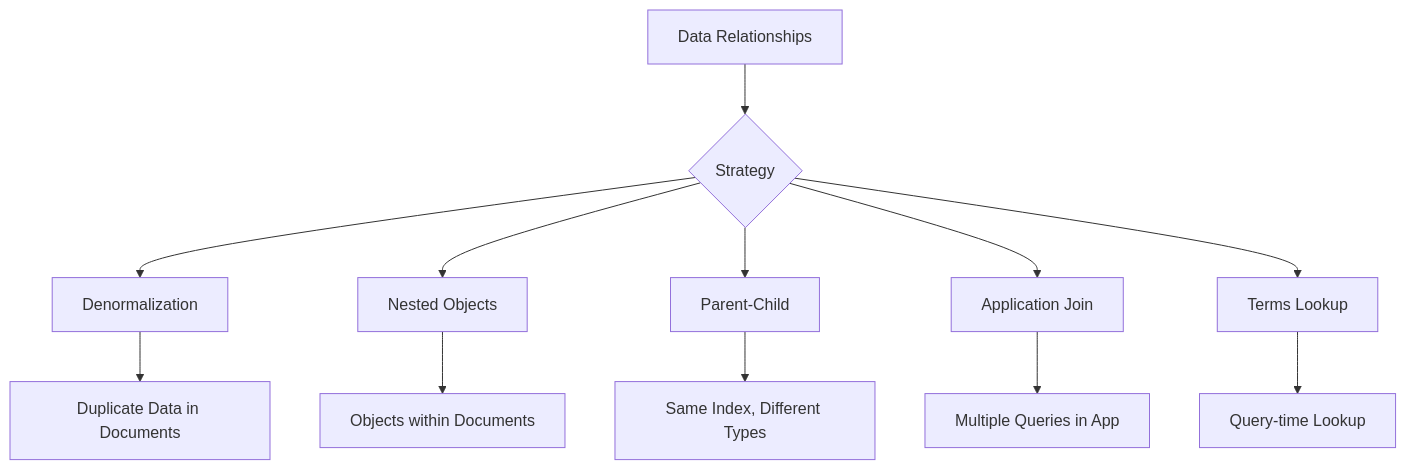
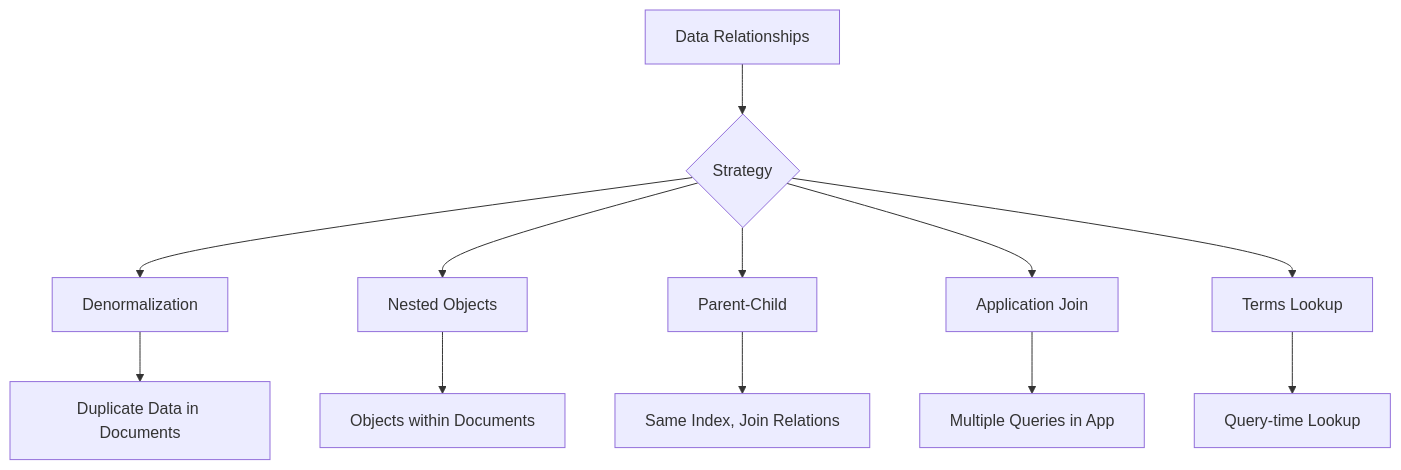
Before and after one commit to OneUptime/blog: the diagram in posts/2025-12-19-elasticsearch-join-data/README.md, drawn with Mermaid. The commit also changed other lines of this file and 2 other files, not shown here.

Commit message:
validate: 2025-12-19-elasticsearch-join-data

````diff
--- a/posts/2025-12-19-elasticsearch-join-data/README.md
+++ b/posts/2025-12-19-elasticsearch-join-data/README.md
@@ -30,16 +30,16 @@
 ```mermaid
 graph TD
     A[Data Relationships] --> B{Strategy}
 
     B --> C[Denormalization]
     B --> D[Nested Objects]
     B --> E[Parent-Child]
     B --> F[Application Join]
     B --> G[Terms Lookup]
 
     C --> H[Duplicate Data in Documents]
     D --> I[Objects within Documents]
-    E --> J[Same Index, Different Types]
+    E --> J[Same Index, Join Relations]
     F --> K[Multiple Queries in App]
     G --> L[Query-time Lookup]
 ```
````
